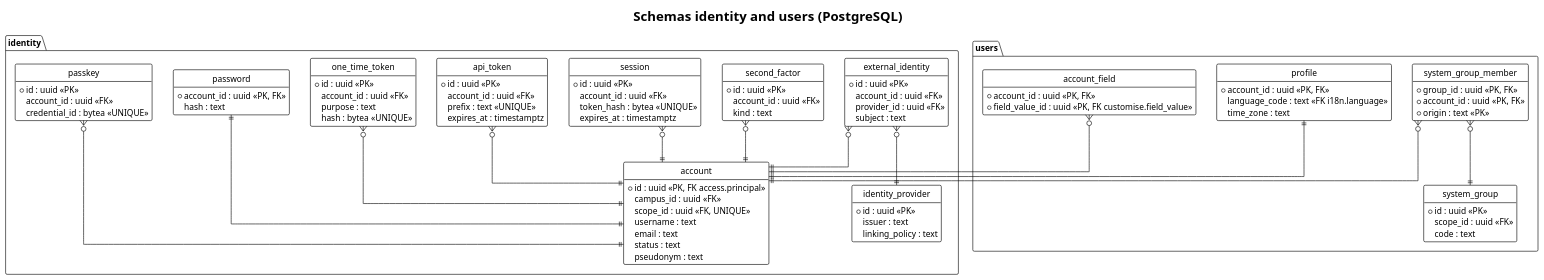
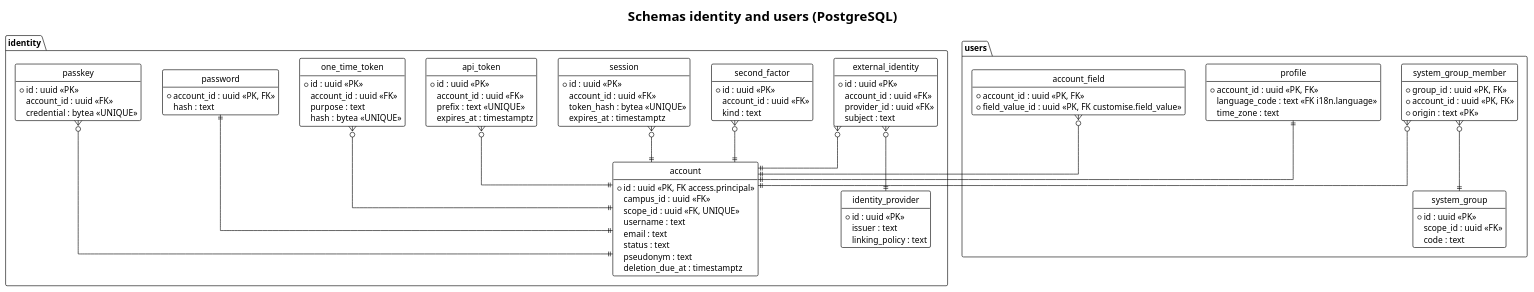
Before and after one commit to didactika/kampus: the diagram in docs/03-design/data-model/identity.puml, drawn with PlantUML. The commit also changed 30 other files, not shown here.

```diff
--- a/docs/03-design/data-model/identity.puml
+++ b/docs/03-design/data-model/identity.puml
@@ -1,96 +1,97 @@
 @startuml
 !theme plain
 hide empty members
 hide circle
 skinparam linetype ortho
 title Schemas identity and users (PostgreSQL)
 
 package identity {
   entity account {
     * id : uuid <<PK, FK access.principal>>
     campus_id : uuid <<FK>>
     scope_id : uuid <<FK, UNIQUE>>
     username : text
     email : text
     status : text
     pseudonym : text
+    deletion_due_at : timestamptz
   }
   entity password {
     * account_id : uuid <<PK, FK>>
     hash : text
   }
   entity passkey {
     * id : uuid <<PK>>
     account_id : uuid <<FK>>
-    credential_id : bytea <<UNIQUE>>
+    credential : bytea <<UNIQUE>>
   }
   entity identity_provider {
     * id : uuid <<PK>>
     issuer : text
     linking_policy : text
   }
   entity external_identity {
     * id : uuid <<PK>>
     account_id : uuid <<FK>>
     provider_id : uuid <<FK>>
     subject : text
   }
   entity second_factor {
     * id : uuid <<PK>>
     account_id : uuid <<FK>>
     kind : text
   }
   entity session {
     * id : uuid <<PK>>
     account_id : uuid <<FK>>
     token_hash : bytea <<UNIQUE>>
     expires_at : timestamptz
   }
   entity api_token {
     * id : uuid <<PK>>
     account_id : uuid <<FK>>
     prefix : text <<UNIQUE>>
     expires_at : timestamptz
   }
   entity one_time_token {
     * id : uuid <<PK>>
     account_id : uuid <<FK>>
     purpose : text
     hash : bytea <<UNIQUE>>
   }
 }
 package users {
   entity profile {
     * account_id : uuid <<PK, FK>>
     language_code : text <<FK i18n.language>>
     time_zone : text
   }
   entity account_field {
     * account_id : uuid <<PK, FK>>
     * field_value_id : uuid <<PK, FK customise.field_value>>
   }
   entity system_group {
     * id : uuid <<PK>>
     scope_id : uuid <<FK>>
     code : text
   }
   entity system_group_member {
     * group_id : uuid <<PK, FK>>
     * account_id : uuid <<PK, FK>>
     * origin : text <<PK>>
   }
 }
 
 password ||--|| account
 passkey }o--|| account
 external_identity }o--|| account
 external_identity }o--|| identity_provider
 second_factor }o--|| account
 session }o--|| account
 api_token }o--|| account
 one_time_token }o--|| account
 profile ||--|| account
 account_field }o--|| account
 system_group_member }o--|| system_group
 system_group_member }o--|| account
 @enduml
```
